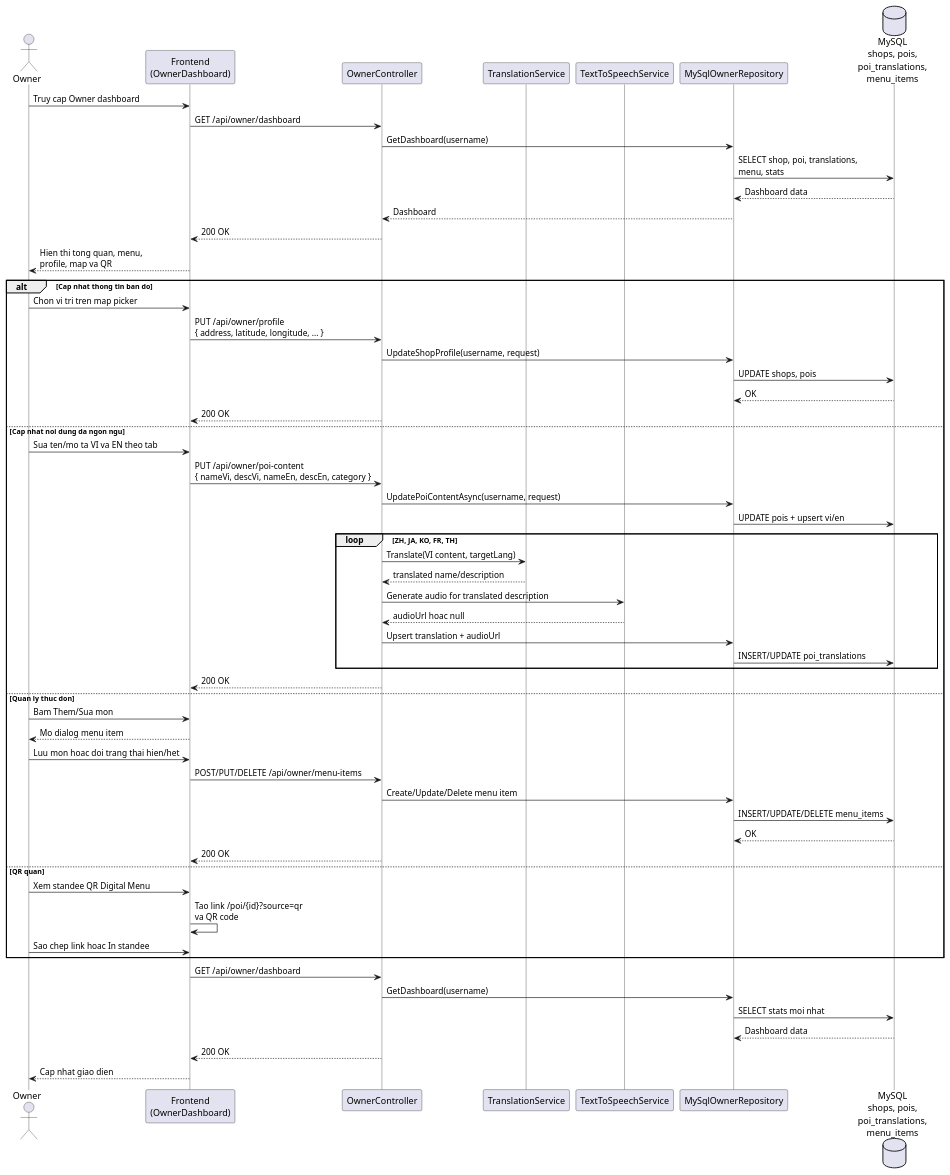
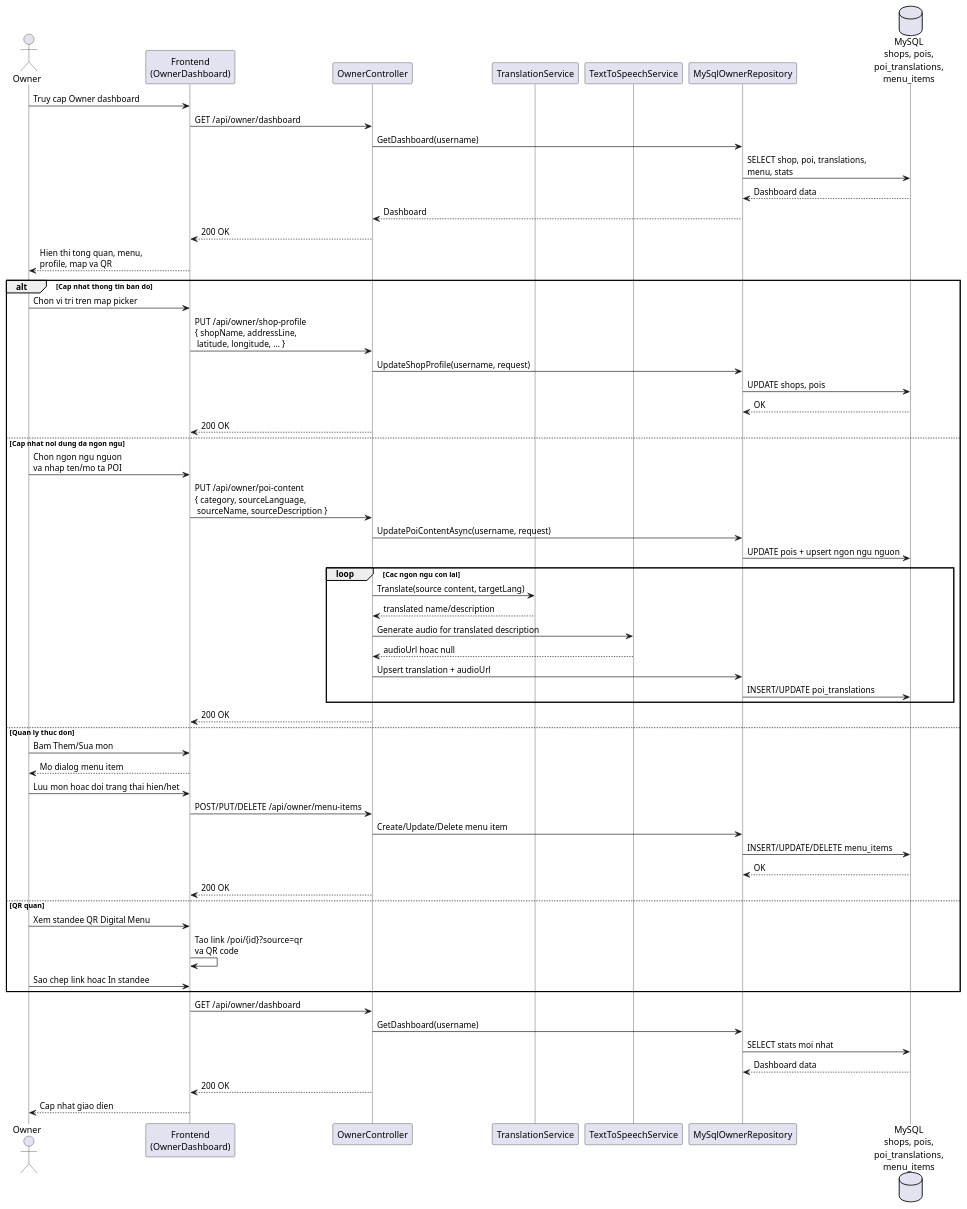
The diagram in Đặc tả wed/sequence_23_owner_update_poi_content.puml (MinhMafia/DiDuDuaDi), drawn with PlantUML before and after one commit. The commit also changed 18 other files, not shown here.

```diff
--- a/Đặc tả wed/sequence_23_owner_update_poi_content.puml
+++ b/Đặc tả wed/sequence_23_owner_update_poi_content.puml
@@ -1,68 +1,68 @@
 @startuml sequence_23_owner_update_poi_content
 skinparam backgroundColor White
 skinparam sequenceFontSize 11
 skinparam sequenceFontName "Times New Roman"
 skinparam lifelineStrategy nosolid
 
 actor Owner
 participant "Frontend\n(OwnerDashboard)" as FE
 participant "OwnerController" as Ctrl
 participant "TranslationService" as Trans
 participant "TextToSpeechService" as TTS
 participant "MySqlOwnerRepository" as Repo
 database "MySQL\nshops, pois,\npoi_translations,\nmenu_items" as DB
 
 Owner -> FE: Truy cap Owner dashboard
 FE -> Ctrl: GET /api/owner/dashboard
 Ctrl -> Repo: GetDashboard(username)
 Repo -> DB: SELECT shop, poi, translations,\nmenu, stats
 DB --> Repo: Dashboard data
 Repo --> Ctrl: Dashboard
 Ctrl --> FE: 200 OK
 FE --> Owner: Hien thi tong quan, menu,\nprofile, map va QR
 
 alt Cap nhat thong tin ban do
   Owner -> FE: Chon vi tri tren map picker
-  FE -> Ctrl: PUT /api/owner/profile\n{ address, latitude, longitude, ... }
+  FE -> Ctrl: PUT /api/owner/shop-profile\n{ shopName, addressLine,\n latitude, longitude, ... }
   Ctrl -> Repo: UpdateShopProfile(username, request)
   Repo -> DB: UPDATE shops, pois
   DB --> Repo: OK
   Ctrl --> FE: 200 OK
 else Cap nhat noi dung da ngon ngu
-  Owner -> FE: Sua ten/mo ta VI va EN theo tab
-  FE -> Ctrl: PUT /api/owner/poi-content\n{ nameVi, descVi, nameEn, descEn, category }
+  Owner -> FE: Chon ngon ngu nguon\nva nhap ten/mo ta POI
+  FE -> Ctrl: PUT /api/owner/poi-content\n{ category, sourceLanguage,\n sourceName, sourceDescription }
   Ctrl -> Repo: UpdatePoiContentAsync(username, request)
-  Repo -> DB: UPDATE pois + upsert vi/en
+  Repo -> DB: UPDATE pois + upsert ngon ngu nguon
 
-  loop ZH, JA, KO, FR, TH
-    Ctrl -> Trans: Translate(VI content, targetLang)
+  loop Cac ngon ngu con lai
+    Ctrl -> Trans: Translate(source content, targetLang)
     Trans --> Ctrl: translated name/description
     Ctrl -> TTS: Generate audio for translated description
     TTS --> Ctrl: audioUrl hoac null
     Ctrl -> Repo: Upsert translation + audioUrl
     Repo -> DB: INSERT/UPDATE poi_translations
   end
   Ctrl --> FE: 200 OK
 else Quan ly thuc don
   Owner -> FE: Bam Them/Sua mon
   FE --> Owner: Mo dialog menu item
   Owner -> FE: Luu mon hoac doi trang thai hien/het
   FE -> Ctrl: POST/PUT/DELETE /api/owner/menu-items
   Ctrl -> Repo: Create/Update/Delete menu item
   Repo -> DB: INSERT/UPDATE/DELETE menu_items
   DB --> Repo: OK
   Ctrl --> FE: 200 OK
 else QR quan
   Owner -> FE: Xem standee QR Digital Menu
   FE -> FE: Tao link /poi/{id}?source=qr\nva QR code
   Owner -> FE: Sao chep link hoac In standee
 end
 
 FE -> Ctrl: GET /api/owner/dashboard
 Ctrl -> Repo: GetDashboard(username)
 Repo -> DB: SELECT stats moi nhat
 DB --> Repo: Dashboard data
 Ctrl --> FE: 200 OK
 FE --> Owner: Cap nhat giao dien
 
 @enduml
```
